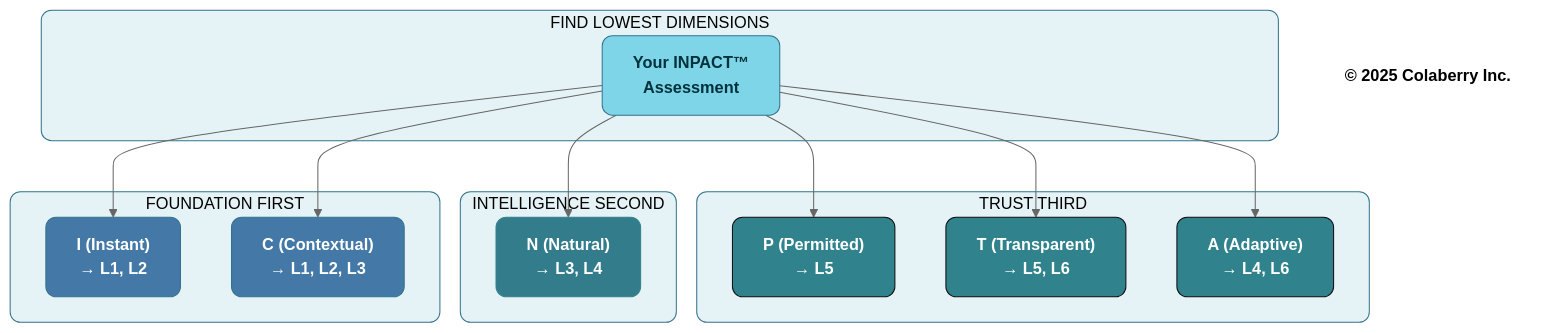
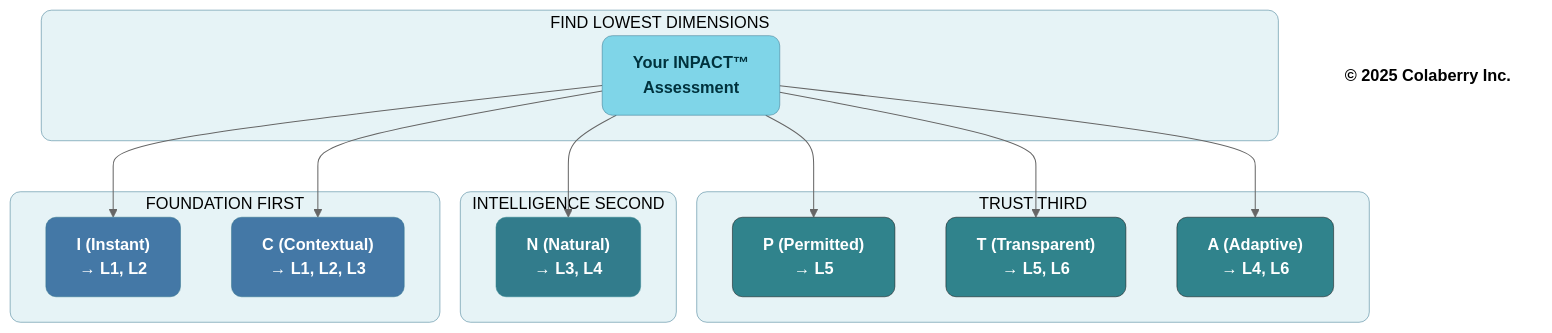
The sixth of 6 diagrams in manuscript/10_chapter_9_measuring_agent_readiness.md (saitejesh-cyber/trust-before-intelligence-book), drawn with Mermaid (neutral theme) before and after one commit. The commit also changed other lines of this file and 12 other files, not shown here.

Commit message:
Update stroke width to 0.5px instead of 1px to all the diagrams

````diff
--- a/manuscript/10_chapter_9_measuring_agent_readiness.md
+++ b/manuscript/10_chapter_9_measuring_agent_readiness.md
@@ -1255,45 +1255,45 @@
 ```mermaid
 
 graph TD
     subgraph ASSESS["FIND LOWEST DIMENSIONS"]
         A["<b>Your INPACT™<br/>Assessment</b>"]
     end
 
     subgraph TRUST["TRUST THIRD"]
         T1["<b>P (Permitted)</b><br/><b>→ L5</b>"]
         T2["<b>T (Transparent)</b><br/><b>→ L5, L6</b>"]
         T3["<b>A (Adaptive)</b><br/><b>→ L4, L6</b>"]
     end
 
     subgraph INTEL["INTELLIGENCE SECOND"]
         I1["<b>N (Natural)</b><br/><b>→ L3, L4</b>"]
     end
 
     subgraph FOUND["FOUNDATION FIRST"]
         F1["<b>I (Instant)</b><br/><b>→ L1, L2</b>"]
         F2["<b>C (Contextual)</b><br/><b>→ L1, L2, L3</b>"]
     end
 
     A --> F1
     A --> F2
     A --> I1
     A --> T1
     A --> T2
     A --> T3
 
     Copyright["<b>© 2025 Colaberry Inc.</b>"]
 
-    style ASSESS fill:#E6F3F6,stroke:#32738C,stroke-width:1px,color:#000000,rx:10,ry:10
-    style FOUND fill:#E6F3F6,stroke:#32738C,stroke-width:1px,color:#000000,rx:10,ry:10
-    style INTEL fill:#E6F3F6,stroke:#32738C,stroke-width:1px,color:#000000,rx:10,ry:10
-    style TRUST fill:#E6F3F6,stroke:#32738C,stroke-width:1px,color:#000000,rx:10,ry:10
-    style A fill:#7FD5E8,stroke:#32738C,stroke-width:1px,color:#00323D,rx:10,ry:10
-    style F1 fill:#4478A6,stroke:#32738C,stroke-width:1px,color:#ffffff,rx:10,ry:10
-    style F2 fill:#4478A6,stroke:#32738C,stroke-width:1px,color:#ffffff,rx:10,ry:10
-    style I1 fill:#327C8C,stroke:#30838C,stroke-width:1px,color:#ffffff,rx:10,ry:10
-    style T1 fill:#30838C,stroke:#0D0D0D,stroke-width:1px,color:#ffffff,rx:10,ry:10
-    style T2 fill:#30838C,stroke:#0D0D0D,stroke-width:1px,color:#ffffff,rx:10,ry:10
-    style T3 fill:#30838C,stroke:#0D0D0D,stroke-width:1px,color:#ffffff,rx:10,ry:10
+    style ASSESS fill:#E6F3F6,stroke:#32738C,stroke-width:0.5px,color:#000000,rx:10,ry:10
+    style FOUND fill:#E6F3F6,stroke:#32738C,stroke-width:0.5px,color:#000000,rx:10,ry:10
+    style INTEL fill:#E6F3F6,stroke:#32738C,stroke-width:0.5px,color:#000000,rx:10,ry:10
+    style TRUST fill:#E6F3F6,stroke:#32738C,stroke-width:0.5px,color:#000000,rx:10,ry:10
+    style A fill:#7FD5E8,stroke:#32738C,stroke-width:0.5px,color:#00323D,rx:10,ry:10
+    style F1 fill:#4478A6,stroke:#32738C,stroke-width:0.5px,color:#ffffff,rx:10,ry:10
+    style F2 fill:#4478A6,stroke:#32738C,stroke-width:0.5px,color:#ffffff,rx:10,ry:10
+    style I1 fill:#327C8C,stroke:#30838C,stroke-width:0.5px,color:#ffffff,rx:10,ry:10
+    style T1 fill:#30838C,stroke:#0D0D0D,stroke-width:0.5px,color:#ffffff,rx:10,ry:10
+    style T2 fill:#30838C,stroke:#0D0D0D,stroke-width:0.5px,color:#ffffff,rx:10,ry:10
+    style T3 fill:#30838C,stroke:#0D0D0D,stroke-width:0.5px,color:#ffffff,rx:10,ry:10
     style Copyright fill:none,stroke:none,color:#000000
 
 ```
````
